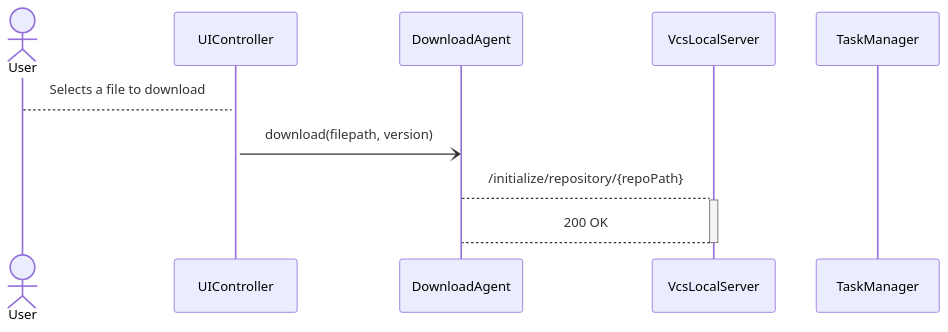
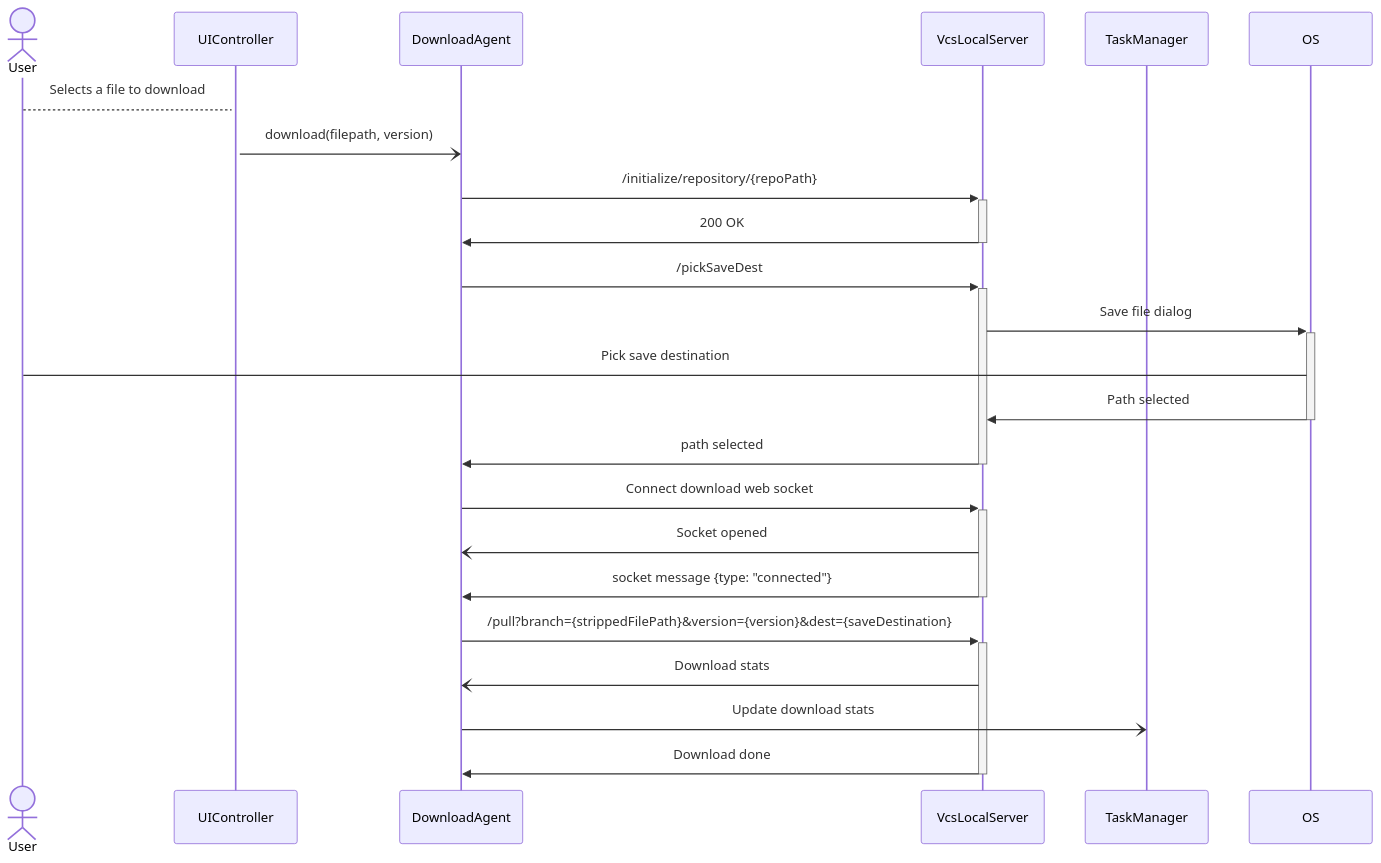
One commit to Star-Plus/CloudsparkWeb changed the diagram in src/lib/features/drive/agents/download/DownloadAgent.mermaid. Above: the diagram before and after it, drawn with Mermaid. The commit also changed other lines of this file, not shown here.

Commit message:
feat: enhance DownloadAgent sequence diagram with detailed download process steps

```diff
--- a/src/lib/features/drive/agents/download/DownloadAgent.mermaid
+++ b/src/lib/features/drive/agents/download/DownloadAgent.mermaid
@@ -1,12 +1,31 @@
 sequenceDiagram
     actor User
     participant UIController
     participant DownloadAgent
     participant VcsLocalServer
     participant TaskManager
 
     
     User -->+ UIController: Selects a file to download
     UIController -) DownloadAgent: download(filepath, version)
-    DownloadAgent -->+ VcsLocalServer: /initialize/repository/{repoPath}
-    VcsLocalServer -->- DownloadAgent: 200 OK
+    DownloadAgent ->>+ VcsLocalServer: /initialize/repository/{repoPath}
+    VcsLocalServer ->>- DownloadAgent: 200 OK
+
+    DownloadAgent ->>+ VcsLocalServer: /pickSaveDest
+    VcsLocalServer ->>+ OS: Save file dialog
+    User -> OS: Pick save destination
+
+    OS ->>- VcsLocalServer: Path selected    
+    VcsLocalServer ->>- DownloadAgent: path selected
+
+    DownloadAgent ->>+ VcsLocalServer: Connect download web socket
+    VcsLocalServer -) DownloadAgent: Socket opened
+
+    VcsLocalServer ->>- DownloadAgent: socket message {type: "connected"}
+
+    DownloadAgent ->>+ VcsLocalServer: /pull?branch={strippedFilePath}&version={version}&dest={saveDestination}
+
+    VcsLocalServer -) DownloadAgent: Download stats
+    DownloadAgent -) TaskManager: Update download stats
+
+    VcsLocalServer ->>- DownloadAgent: Download done
```
